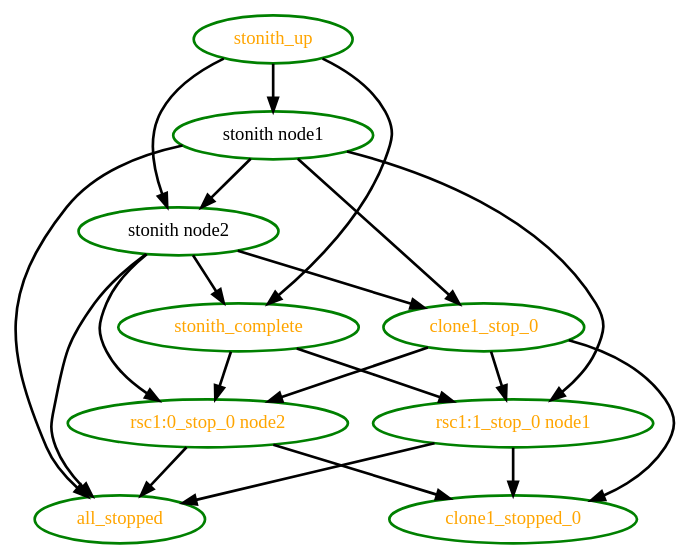
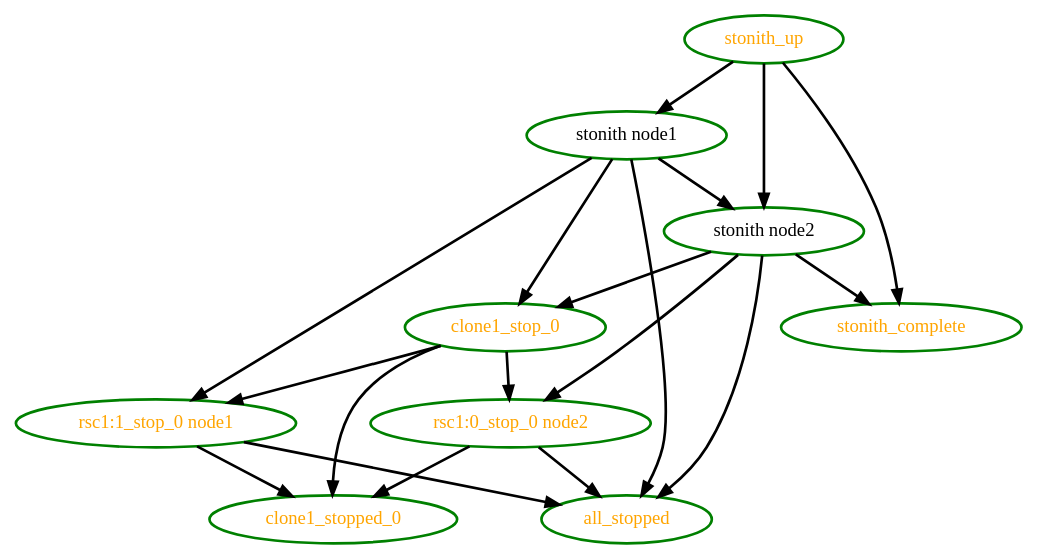
The diagram in pengine/test10/ticket-clone-9.dot (ClusterLabs/pacemaker), drawn with Graphviz before and after one commit. The commit also changed 35 other files, not shown here.

```diff
--- a/pengine/test10/ticket-clone-9.dot
+++ b/pengine/test10/ticket-clone-9.dot
@@ -1,31 +1,29 @@
 digraph "g" {
 "all_stopped" [ style=bold color="green" fontcolor="orange" ]
 "clone1_stop_0" -> "clone1_stopped_0" [ style = bold]
 "clone1_stop_0" -> "rsc1:0_stop_0 node2" [ style = bold]
 "clone1_stop_0" -> "rsc1:1_stop_0 node1" [ style = bold]
 "clone1_stop_0" [ style=bold color="green" fontcolor="orange" ]
 "clone1_stopped_0" [ style=bold color="green" fontcolor="orange" ]
 "rsc1:0_stop_0 node2" -> "all_stopped" [ style = bold]
 "rsc1:0_stop_0 node2" -> "clone1_stopped_0" [ style = bold]
 "rsc1:0_stop_0 node2" [ style=bold color="green" fontcolor="orange" ]
 "rsc1:1_stop_0 node1" -> "all_stopped" [ style = bold]
 "rsc1:1_stop_0 node1" -> "clone1_stopped_0" [ style = bold]
 "rsc1:1_stop_0 node1" [ style=bold color="green" fontcolor="orange" ]
 "stonith node1" -> "all_stopped" [ style = bold]
 "stonith node1" -> "clone1_stop_0" [ style = bold]
 "stonith node1" -> "rsc1:1_stop_0 node1" [ style = bold]
 "stonith node1" -> "stonith node2" [ style = bold]
 "stonith node1" [ style=bold color="green" fontcolor="black" ]
 "stonith node2" -> "all_stopped" [ style = bold]
 "stonith node2" -> "clone1_stop_0" [ style = bold]
 "stonith node2" -> "rsc1:0_stop_0 node2" [ style = bold]
 "stonith node2" -> "stonith_complete" [ style = bold]
 "stonith node2" [ style=bold color="green" fontcolor="black" ]
-"stonith_complete" -> "rsc1:0_stop_0 node2" [ style = bold]
-"stonith_complete" -> "rsc1:1_stop_0 node1" [ style = bold]
 "stonith_complete" [ style=bold color="green" fontcolor="orange" ]
 "stonith_up" -> "stonith node1" [ style = bold]
 "stonith_up" -> "stonith node2" [ style = bold]
 "stonith_up" -> "stonith_complete" [ style = bold]
 "stonith_up" [ style=bold color="green" fontcolor="orange" ]
 }
```
